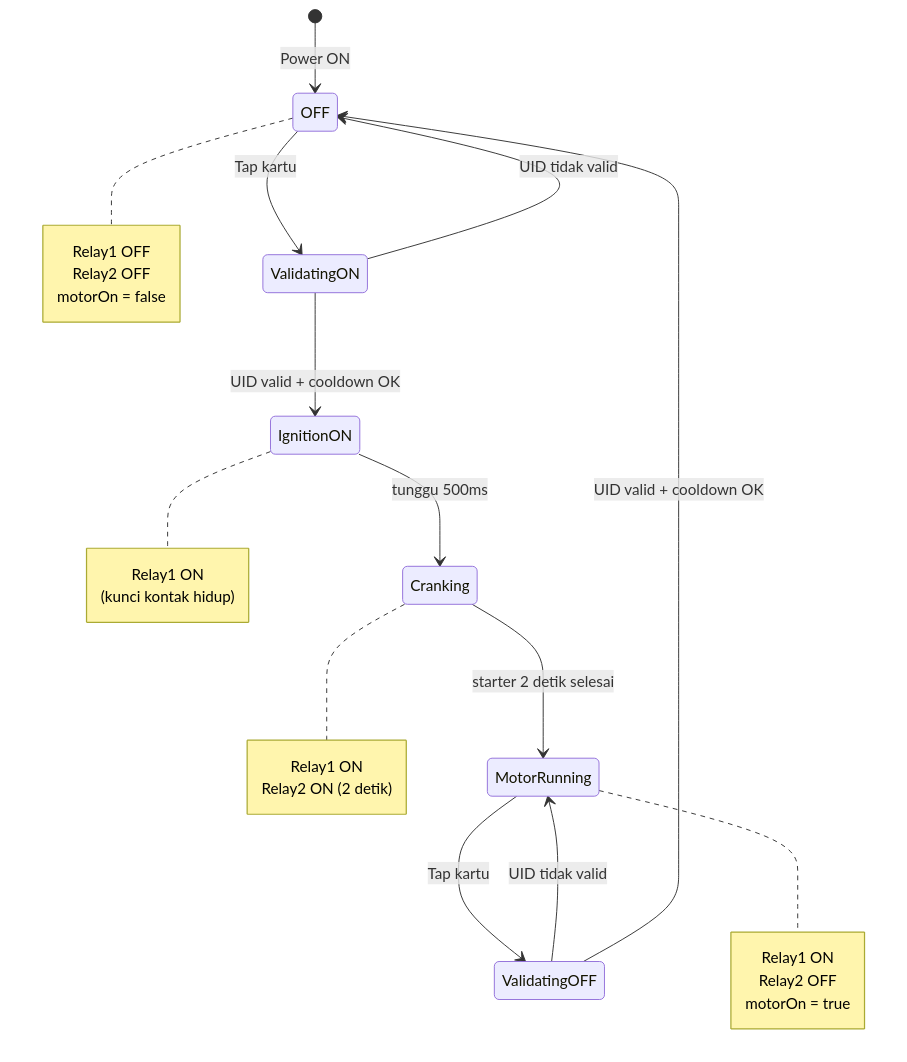
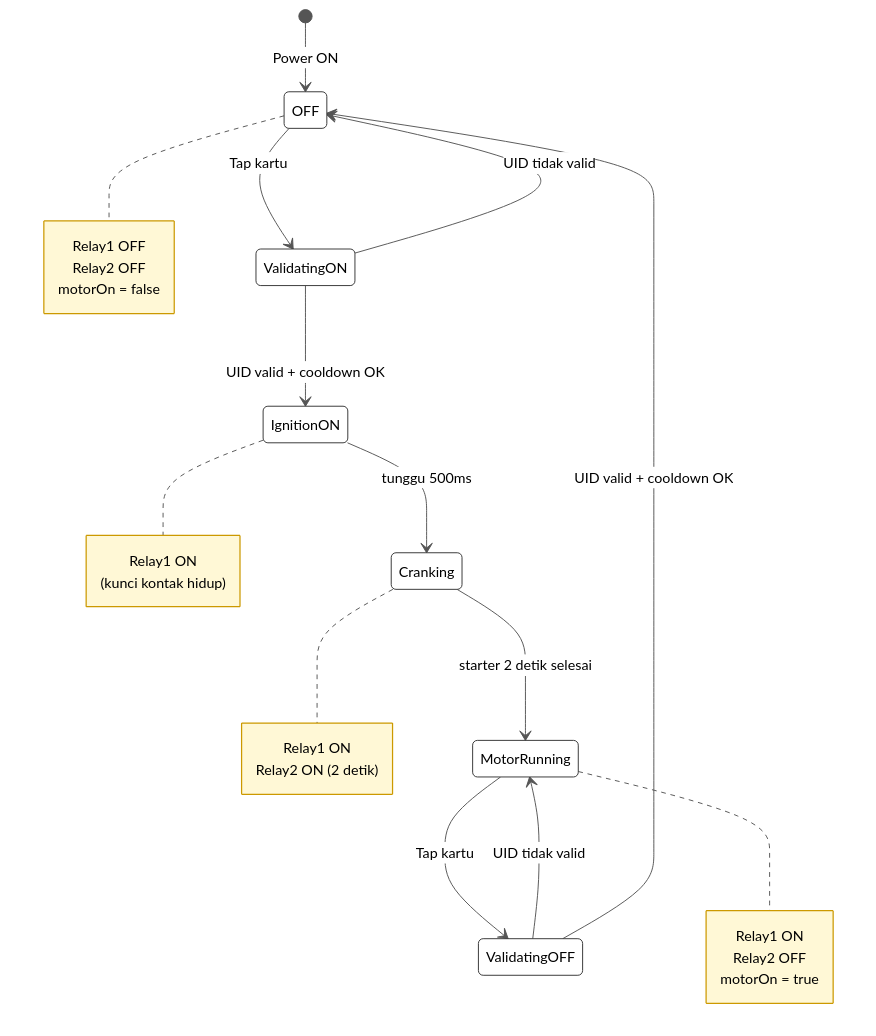
One commit to umarovk/SIKAMOT changed the eighth of 10 diagrams in motor_starter/DIAGRAM_MERMAID.md. Above: the diagram before and after it, drawn with Mermaid. The commit also changed other lines of this file, not shown here.

First line of the commit message:
style(diagram): force readable text on GitHub dark mode

````diff
--- a/motor_starter/DIAGRAM_MERMAID.md
+++ b/motor_starter/DIAGRAM_MERMAID.md
@@ -383,37 +407,38 @@
 ```mermaid
+%%{init: {'theme':'base', 'themeVariables': {'primaryColor':'#ffffff','primaryTextColor':'#000000','primaryBorderColor':'#333333','lineColor':'#555555','labelTextColor':'#000000','noteBkgColor':'#fff8d6','noteTextColor':'#000000','noteBorderColor':'#cc9900','fontSize':'15px'}}}%%
 stateDiagram-v2
     [*] --> OFF: Power ON
 
     OFF --> ValidatingON: Tap kartu
     ValidatingON --> OFF: UID tidak valid
     ValidatingON --> IgnitionON: UID valid + cooldown OK
 
     IgnitionON --> Cranking: tunggu 500ms
     Cranking --> MotorRunning: starter 2 detik selesai
 
     MotorRunning --> ValidatingOFF: Tap kartu
     ValidatingOFF --> MotorRunning: UID tidak valid
     ValidatingOFF --> OFF: UID valid + cooldown OK
 
     note right of OFF
         Relay1 OFF
         Relay2 OFF
         motorOn = false
     end note
 
     note right of IgnitionON
         Relay1 ON
         (kunci kontak hidup)
     end note
 
     note right of Cranking
         Relay1 ON
         Relay2 ON (2 detik)
     end note
 
     note right of MotorRunning
         Relay1 ON
         Relay2 OFF
         motorOn = true
     end note
 ```
````
